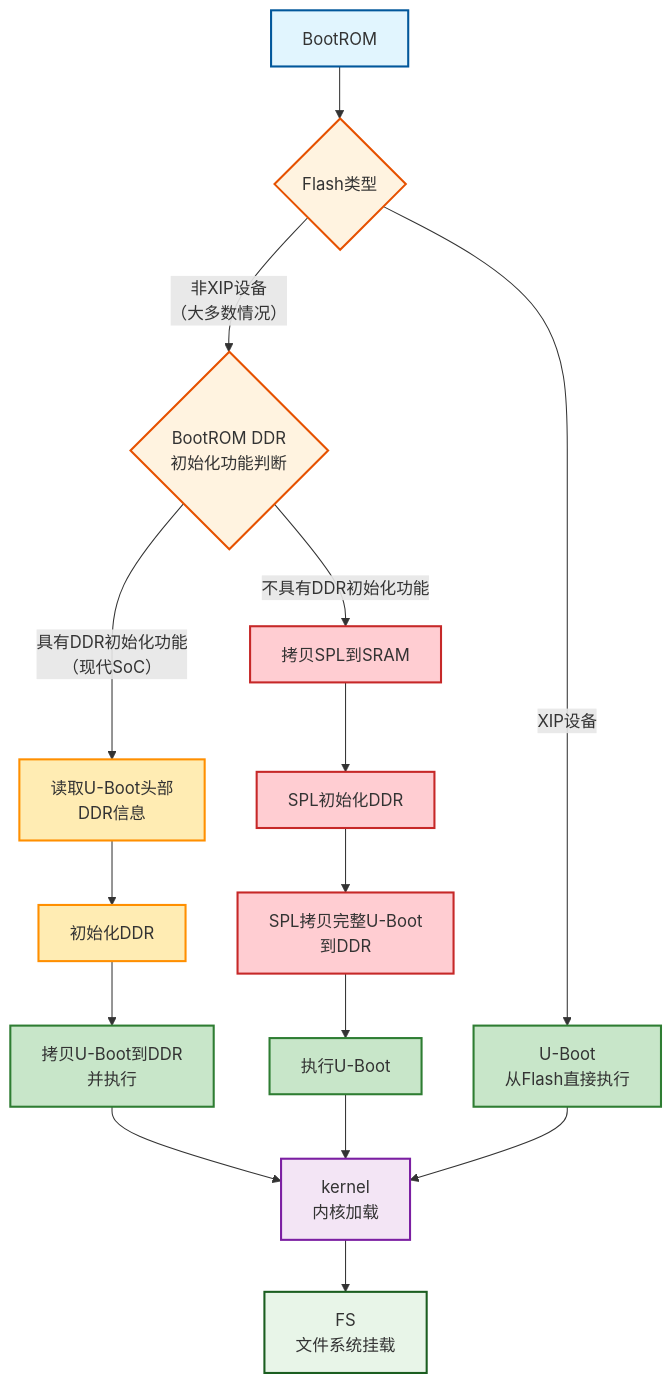
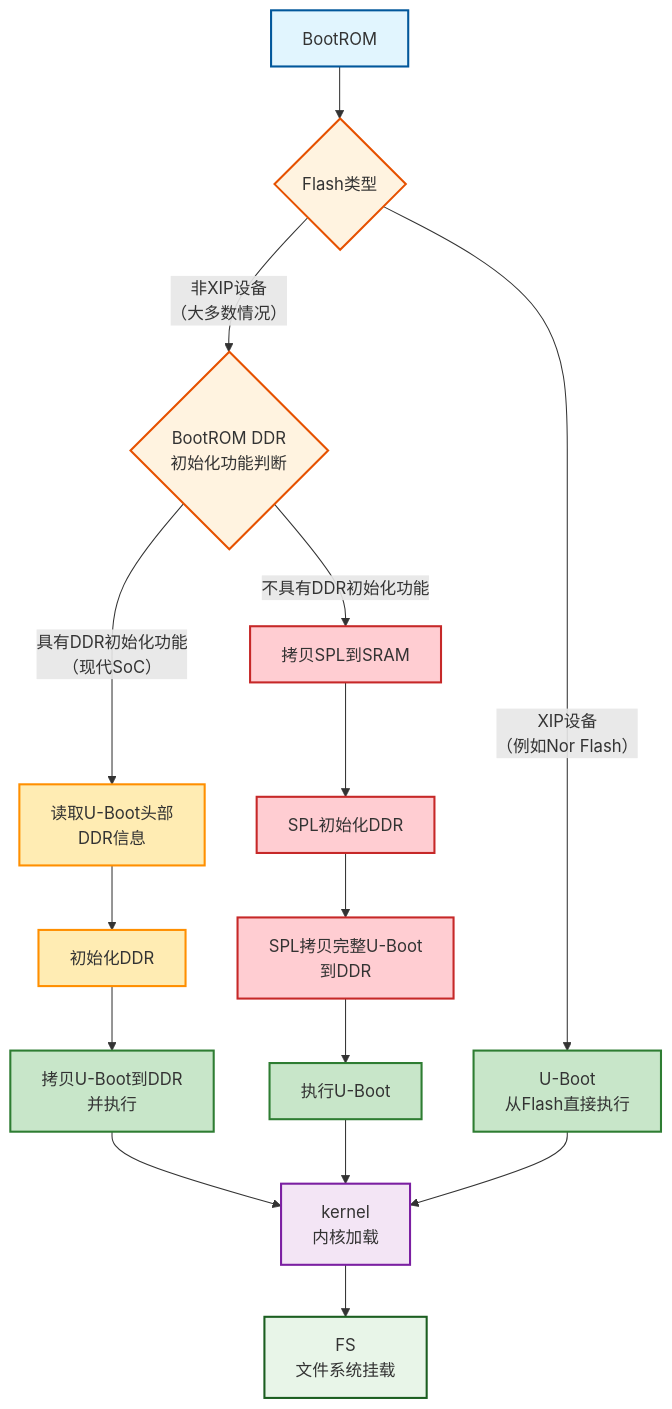
One commit to h13-0/Notebooks changed the diagram in Linux内核原理及其开发/U-Boot/U-Boot.md. Above: the diagram before and after it, drawn with Mermaid. The commit also changed other lines of this file, not shown here.

Commit message:
vault backup: 2025-10-24 15:54:06

````diff
--- a/Linux内核原理及其开发/U-Boot/U-Boot.md
+++ b/Linux内核原理及其开发/U-Boot/U-Boot.md
@@ -80,38 +80,38 @@
 ```mermaid
 flowchart TD
     A[BootROM] --> B{Flash类型}
     
     B -->|非XIP设备<br>（大多数情况）| C{BootROM DDR<br>初始化功能判断}
-    B -->|XIP设备| D[U-Boot<br>从Flash直接执行]
+    B -->|XIP设备<br>（例如Nor Flash）| D[U-Boot<br>从Flash直接执行]
     
     C -->|具有DDR初始化功能<br>（现代SoC）| E[读取U-Boot头部<br>DDR信息]
     E --> F[初始化DDR]
     F --> G[拷贝U-Boot到DDR<br>并执行]
     
     C -->|不具有DDR初始化功能| H[拷贝SPL到SRAM]
     H --> I[SPL初始化DDR]
     I --> J[SPL拷贝完整U-Boot<br>到DDR]
     J --> K[执行U-Boot]
     
     G --> L[kernel<br>内核加载]
     D --> L
     K --> L
     
     L --> M[FS<br>文件系统挂载]
     
     %% 样式美化
     style A fill:#e1f5fe,stroke:#01579b,stroke-width:2px
     style B fill:#fff3e0,stroke:#e65100,stroke-width:2px
     style C fill:#fff3e0,stroke:#e65100,stroke-width:2px
     style D fill:#c8e6c9,stroke:#2e7d32,stroke-width:2px
     style E fill:#ffecb3,stroke:#ff8f00,stroke-width:2px
     style F fill:#ffecb3,stroke:#ff8f00,stroke-width:2px
     style G fill:#c8e6c9,stroke:#2e7d32,stroke-width:2px
     style H fill:#ffcdd2,stroke:#c62828,stroke-width:2px
     style I fill:#ffcdd2,stroke:#c62828,stroke-width:2px
     style J fill:#ffcdd2,stroke:#c62828,stroke-width:2px
     style K fill:#c8e6c9,stroke:#2e7d32,stroke-width:2px
     style L fill:#f3e5f5,stroke:#7b1fa2,stroke-width:2px
     style M fill:#e8f5e8,stroke:#1b5e20,stroke-width:2px
 
 ```
````
